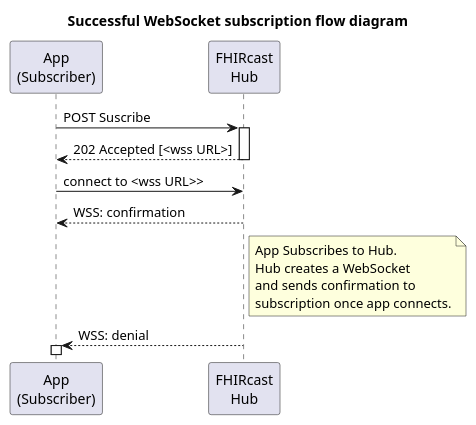
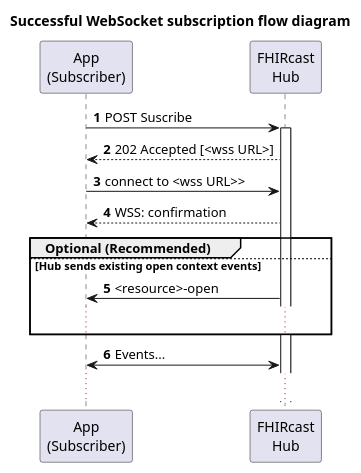
Before and after one commit to HL7/fhircast-docs: the diagram in input/images-source/SuccessfulWebSocketSubscriptionSequence.plantuml, drawn with PlantUML. The commit also changed 3 other files, not shown here.

Commit message:
FHIR-37285 - Clarifications on workflow diagrams

```diff
--- a/input/images-source/SuccessfulWebSocketSubscriptionSequence.plantuml
+++ b/input/images-source/SuccessfulWebSocketSubscriptionSequence.plantuml
@@ -1,22 +1,37 @@
 @startuml
 
 title Successful WebSocket subscription flow diagram
 
 participant "App\n(Subscriber)" as Subscriber
 participant "FHIRcast\nHub" as Hub
 
+' group Successful Workflow
+' else Reject Subscribe Request
+' end
+
+autonumber
+
 Subscriber -> Hub++: POST Suscribe
-Subscriber <-- Hub--: 202 Accepted [<wss URL>]
+Subscriber <-- Hub: 202 Accepted [<wss URL>]
 Subscriber -> Hub: connect to <wss URL>>
 Subscriber <-- Hub: WSS: confirmation
 
-note right of Hub
-    App Subscribes to Hub. 
-    Hub creates a WebSocket
-    and sends confirmation to 
-    subscription once app connects.
-end note
+group Optional (Recommended)
+else Hub sends existing open context events
+Subscriber <- Hub: <resource>-open
+...
+end
 
-Hub --> Subscriber++: WSS: denial
+Subscriber <-> Hub: Events...
+...
+
+' note right of Hub
+'     App Subscribes to Hub. 
+'     Hub creates a WebSocket
+'     and sends confirmation to 
+'     subscription once app connects.
+' end note
+
+' Hub --> Subscriber--: WSS: denial
 
 @enduml
```
